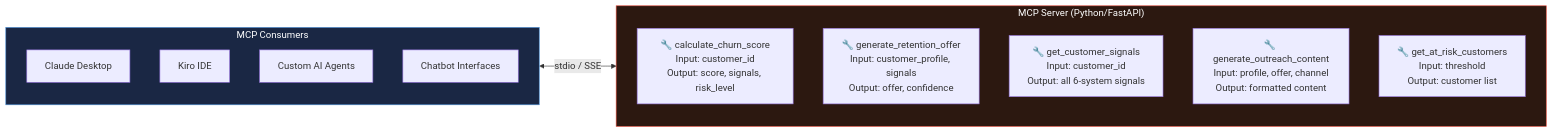
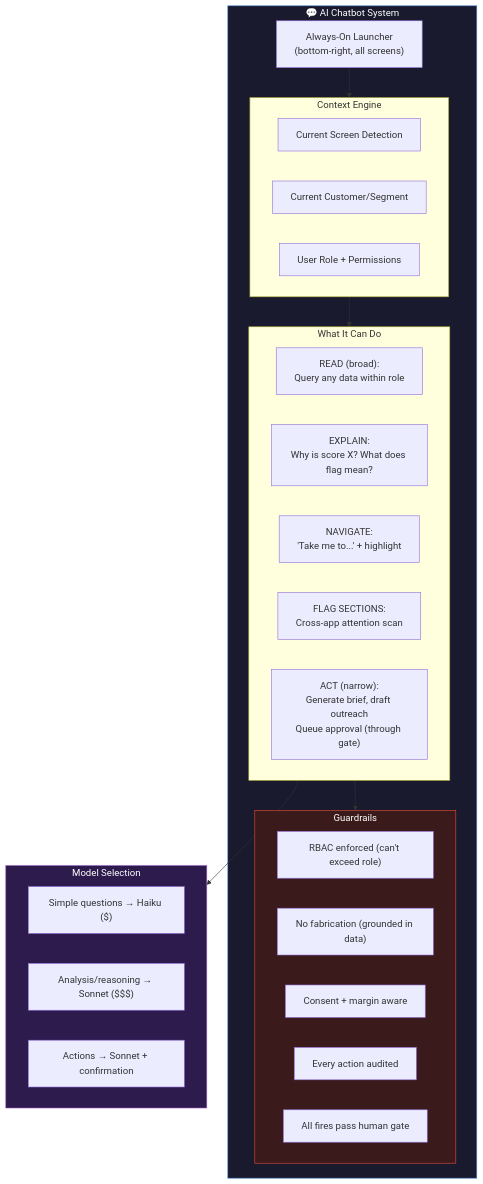
The seventh of 8 diagrams in .kiro/specs/apex-loyalty-ai-retention/architecture-diagrams.md (SruthiMamidipalli/rde-apex), drawn with Mermaid before and after one commit. The commit also changed other lines of this file and 2 other files, not shown here.

Commit message:
add feature list, spec document, updated architecture diagrams with cost optimization

````diff
--- a/.kiro/specs/apex-loyalty-ai-retention/architecture-diagrams.md
+++ b/.kiro/specs/apex-loyalty-ai-retention/architecture-diagrams.md
@@ -230,23 +389,43 @@
 ```mermaid
-flowchart LR
-    subgraph MCP_SERVER["MCP Server (Python/FastAPI)"]
-        direction TB
-        T1["🔧 calculate_churn_score<br/>Input: customer_id<br/>Output: score, signals, risk_level"]
-        T2["🔧 generate_retention_offer<br/>Input: customer_profile, signals<br/>Output: offer, confidence"]
-        T3["🔧 get_customer_signals<br/>Input: customer_id<br/>Output: all 6-system signals"]
-        T4["🔧 generate_outreach_content<br/>Input: profile, offer, channel<br/>Output: formatted content"]
-        T5["🔧 get_at_risk_customers<br/>Input: threshold<br/>Output: customer list"]
+flowchart TB
+    subgraph CHATBOT_SYS["💬 AI Chatbot System"]
+        LAUNCHER["Always-On Launcher<br/>(bottom-right, all screens)"]
+        
+        subgraph CONTEXT["Context Engine"]
+            SCREEN["Current Screen Detection"]
+            CUSTOMER["Current Customer/Segment"]
+            ROLE["User Role + Permissions"]
+        end
+
+        subgraph CAPABILITIES["What It Can Do"]
+            READ["READ (broad):<br/>Query any data within role"]
+            EXPLAIN["EXPLAIN:<br/>Why is score X? What does flag mean?"]
+            NAVIGATE["NAVIGATE:<br/>'Take me to...' + highlight"]
+            FLAG["FLAG SECTIONS:<br/>Cross-app attention scan"]
+            ACT["ACT (narrow):<br/>Generate brief, draft outreach<br/>Queue approval (through gate)"]
+        end
+
+        subgraph GUARDRAILS["Guardrails"]
+            G1["RBAC enforced (can't exceed role)"]
+            G2["No fabrication (grounded in data)"]
+            G3["Consent + margin aware"]
+            G4["Every action audited"]
+            G5["All fires pass human gate"]
+        end
     end
 
-    subgraph CONSUMERS["MCP Consumers"]
-        CLAUDE["Claude Desktop"]
-        KIRO["Kiro IDE"]
-        CUSTOM["Custom AI Agents"]
-        CHAT["Chatbot Interfaces"]
+    LAUNCHER --> CONTEXT --> CAPABILITIES
+    CAPABILITIES --> GUARDRAILS
+
+    subgraph MODELS["Model Selection"]
+        SIMPLE_Q["Simple questions → Haiku ($)"]
+        COMPLEX_Q["Analysis/reasoning → Sonnet ($$$)"]
+        ACTION_Q["Actions → Sonnet + confirmation"]
     end
 
-    CONSUMERS <-->|"stdio / SSE"| MCP_SERVER
+    CAPABILITIES --> MODELS
 
-    style MCP_SERVER fill:#2c1810,stroke:#e74c3c,color:#fff
-    style CONSUMERS fill:#1a2744,stroke:#4a90d9,color:#fff
+    style CHATBOT_SYS fill:#1a1a2e,stroke:#4a90d9,color:#fff
+    style GUARDRAILS fill:#3a1a1a,stroke:#e74c3c,color:#fff
+    style MODELS fill:#2d1b4e,stroke:#9b59b6,color:#fff
 ```
````
